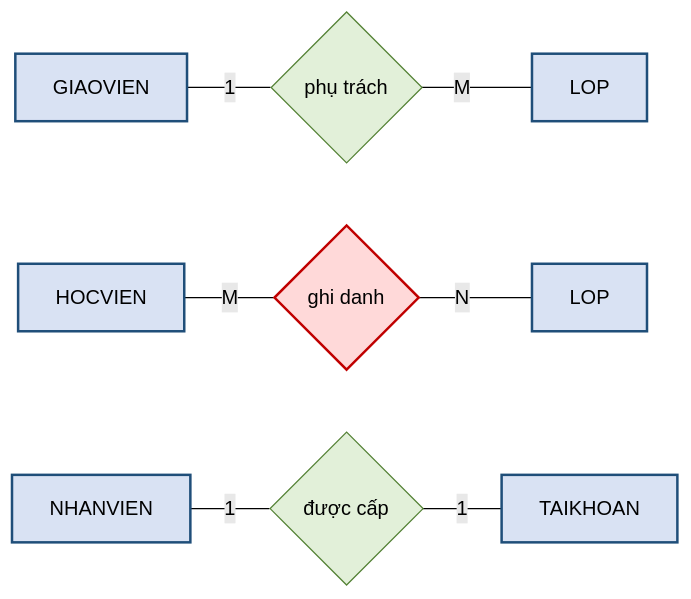
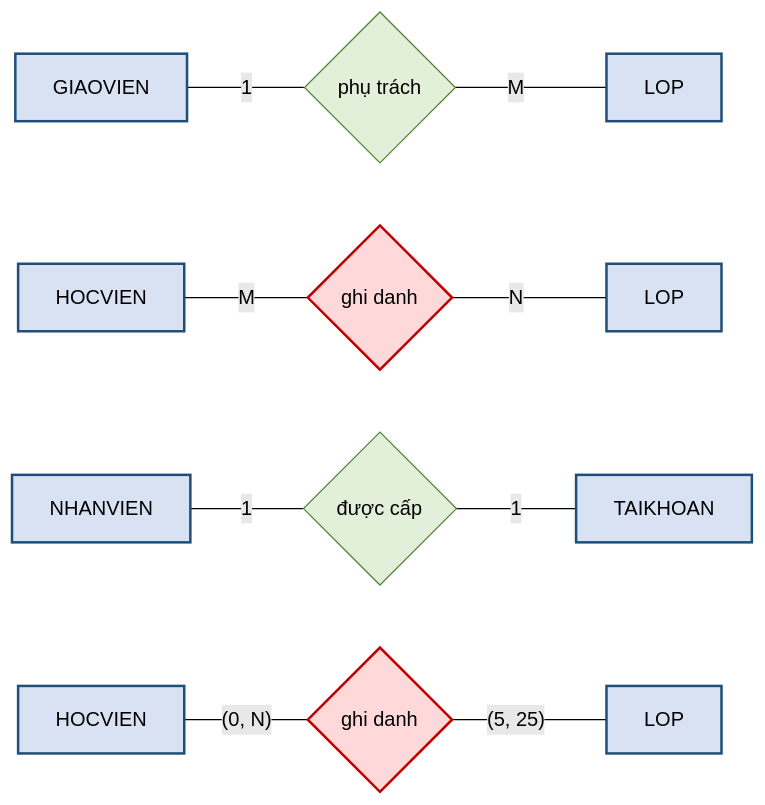
Before and after one commit to CuongNguyenDAU/csdl-dbs201: the first of 2 diagrams in docs/chuong-2/2-5-ket-noi-luc-luong-va-su-tham-gia.md, drawn with Mermaid (forest theme). The commit also changed other lines of this file and 98 other files, not shown here.

````diff
--- a/docs/chuong-2/2-5-ket-noi-luc-luong-va-su-tham-gia.md
+++ b/docs/chuong-2/2-5-ket-noi-luc-luong-va-su-tham-gia.md
@@ -21,18 +23,23 @@
 ```mermaid
 flowchart LR
     GV1["GIAOVIEN"] ---|"1"| R1{"phụ trách"}
     R1 ---|"M"| L1["LOP"]
     HV["HOCVIEN"] ---|"M"| R2{"ghi danh"}
     R2 ---|"N"| L2["LOP"]
     NV["NHANVIEN"] ---|"1"| R3{"được cấp"}
     R3 ---|"1"| TK["TAIKHOAN"]
+    HV4["HOCVIEN"] ---|"(0, N)"| R4{"ghi danh"}
+    R4 ---|"(5, 25)"| L4["LOP"]
     style GV1 fill:#D9E2F3,stroke:#1F4E79,stroke-width:2px
     style L1 fill:#D9E2F3,stroke:#1F4E79,stroke-width:2px
     style HV fill:#D9E2F3,stroke:#1F4E79,stroke-width:2px
     style L2 fill:#D9E2F3,stroke:#1F4E79,stroke-width:2px
     style NV fill:#D9E2F3,stroke:#1F4E79,stroke-width:2px
     style TK fill:#D9E2F3,stroke:#1F4E79,stroke-width:2px
+    style HV4 fill:#D9E2F3,stroke:#1F4E79,stroke-width:2px
+    style L4 fill:#D9E2F3,stroke:#1F4E79,stroke-width:2px
     style R1 fill:#E2F0D9,stroke:#548235
     style R2 fill:#FFD9D9,stroke:#C00000,stroke-width:2px
     style R3 fill:#E2F0D9,stroke:#548235
+    style R4 fill:#FFD9D9,stroke:#C00000,stroke-width:2px
 ```
````
